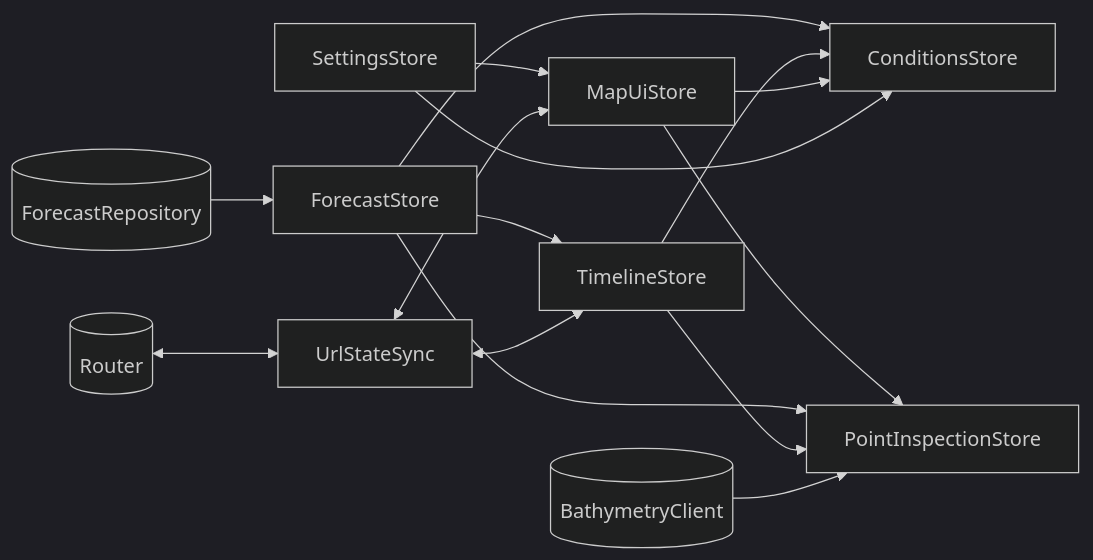
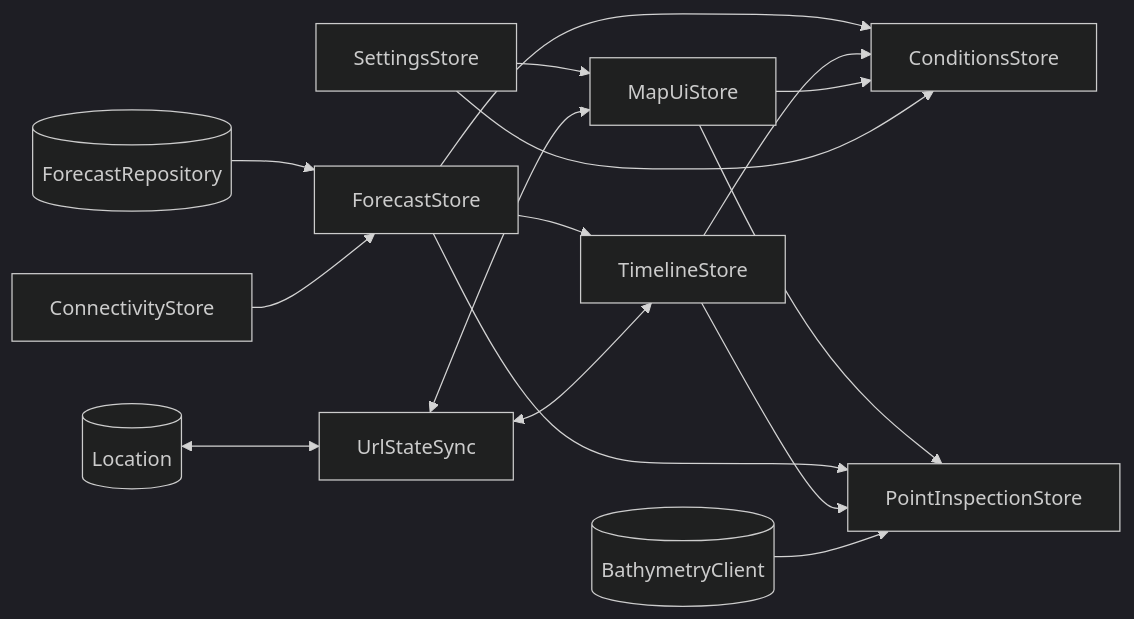
The diagram in src/app/state/README.md (jamesablue/glassy), drawn with Mermaid (dark theme) before and after one commit. The commit also changed other lines of this file and 112 other files, not shown here.

````diff
--- a/src/app/state/README.md
+++ b/src/app/state/README.md
@@ -22,17 +23,18 @@
 ```mermaid
 graph LR
   repo[(ForecastRepository)] --> forecast[ForecastStore]
+  connectivity[ConnectivityStore] --> forecast
   forecast --> timeline[TimelineStore]
   settings[SettingsStore] --> mapUi[MapUiStore]
   forecast --> conditions[ConditionsStore]
   timeline --> conditions
   mapUi --> conditions
   settings --> conditions
   url[UrlStateSync] <--> mapUi
   url <--> timeline
-  router[(Router)] <--> url
+  location[(Location)] <--> url
   mapUi --> inspection[PointInspectionStore]
   forecast --> inspection
   timeline --> inspection
   bathymetry[(BathymetryClient)] --> inspection
 ```
````
